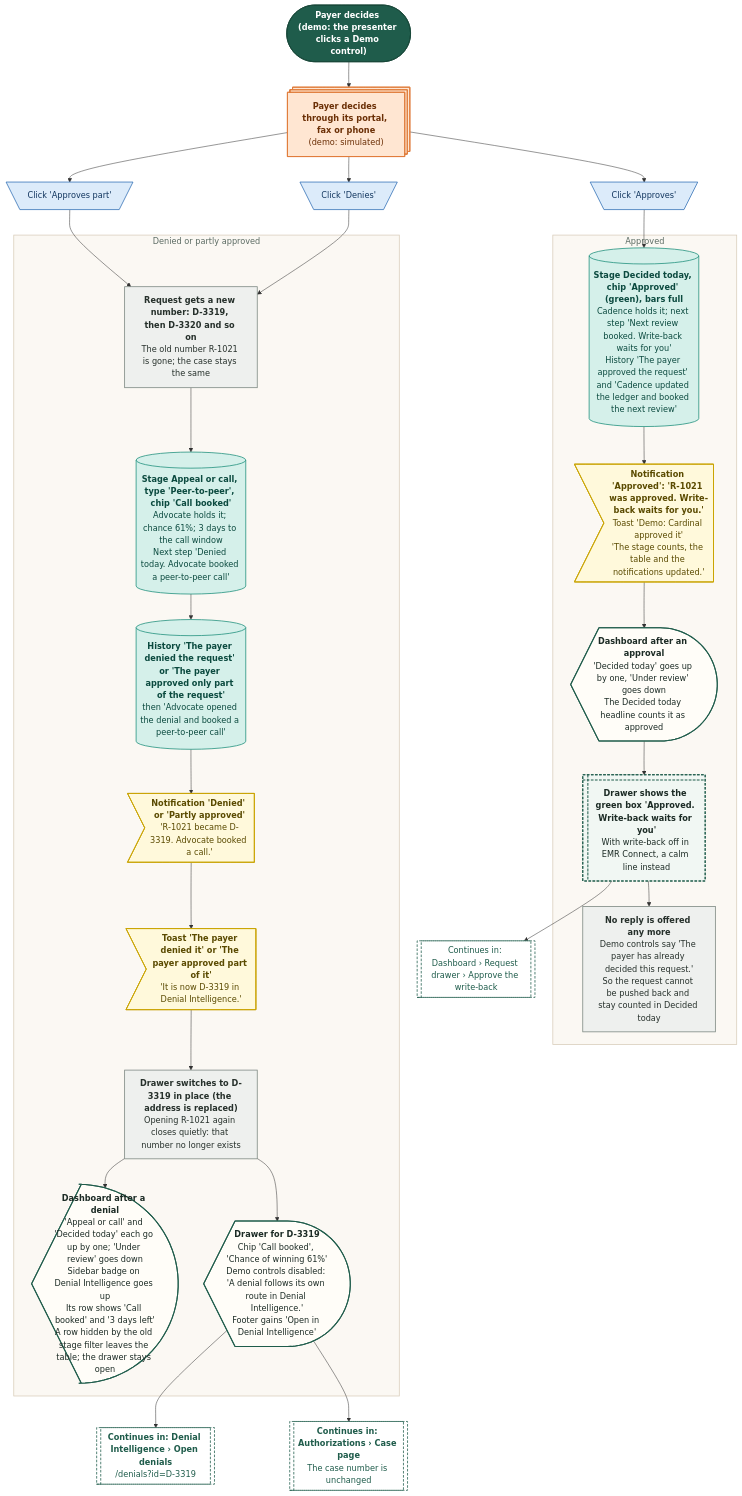
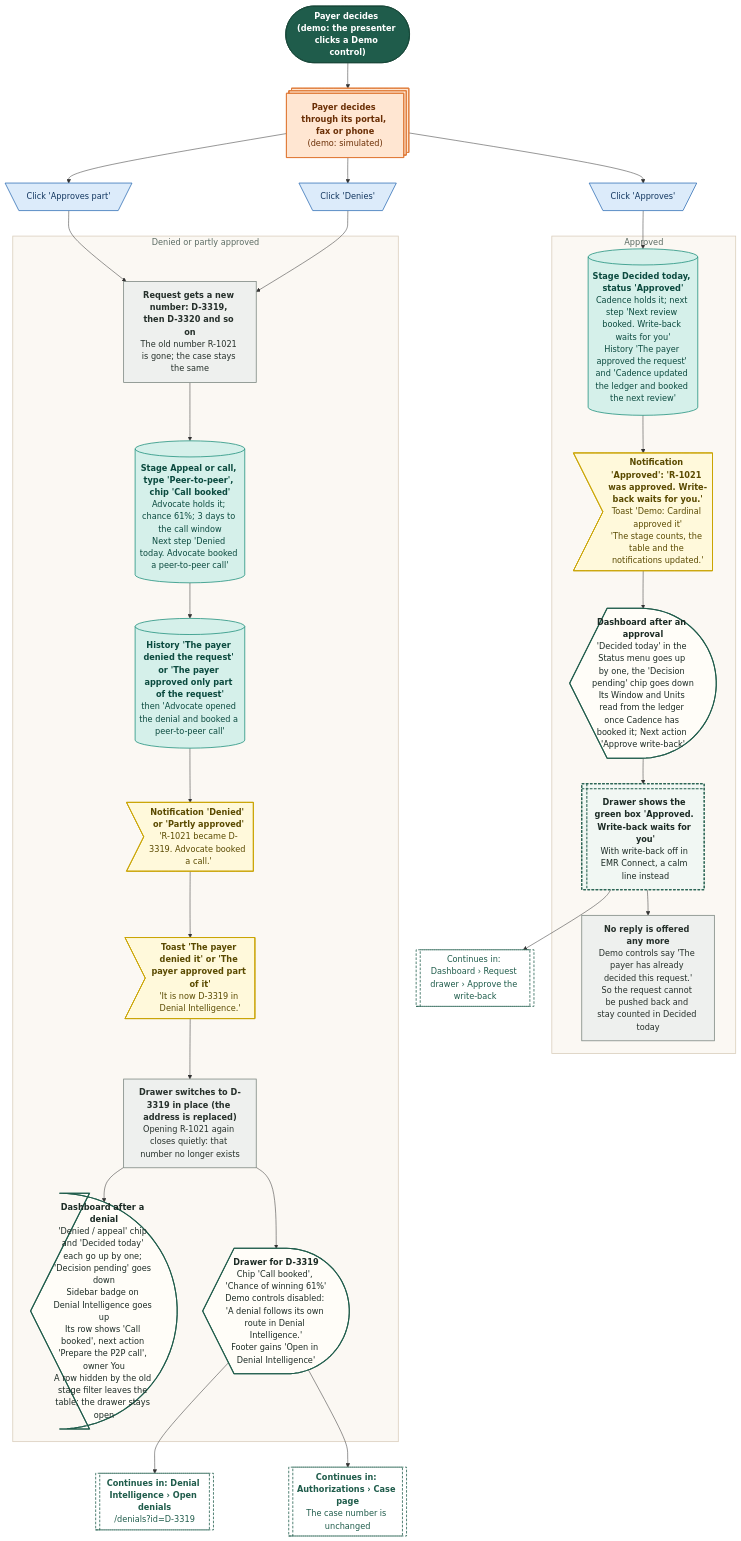
One commit to Shrav143/psyfloapp changed diagram 21 of 21 in demos/prior-auth-demo/workflows/out/md/02-dashboard.md. Above: the diagram before and after it, drawn with Mermaid. The commit also changed other lines of this file and 251 other files, not shown here.

First line of the commit message:
docs: rebuild the workflow diagrams (291) for round 4

````diff
--- a/demos/prior-auth-demo/workflows/out/md/02-dashboard.md
+++ b/demos/prior-auth-demo/workflows/out/md/02-dashboard.md
@@ -1292,66 +1512,66 @@
 ```mermaid
 %%{init: {"theme":"base","themeVariables":{"fontFamily":"'DM Sans', 'Segoe UI', system-ui, sans-serif","fontSize":"15px","lineColor":"#5B6B63","primaryTextColor":"#1C2B25","clusterBkg":"#FBF8F3","clusterBorder":"#D9CDBB","edgeLabelBackground":"#FFFFFF"},"flowchart":{"curve":"basis","nodeSpacing":36,"rankSpacing":48,"padding":12,"htmlLabels":true,"useMaxWidth":false,"wrappingWidth":230}} }%%
 flowchart TD
   classDef k_start fill:#1F5C4B,stroke:#174638,color:#FFFFFF,stroke-width:1.5px,font-weight:600
   classDef k_end fill:#DDEFE3,stroke:#2E7D4F,color:#14502F,stroke-width:1.5px,font-weight:600
   classDef k_endx fill:#FBE3E0,stroke:#C0392B,color:#7A1F16,stroke-width:1.5px,font-weight:600
   classDef k_screen fill:#FFFDF8,stroke:#1F5C4B,color:#1C2B25,stroke-width:2px
   classDef k_overlay fill:#F1F7F3,stroke:#1F5C4B,color:#1C2B25,stroke-width:2px,stroke-dasharray:5 3
   classDef k_click fill:#DCEBFA,stroke:#2F6DB5,color:#12365F,stroke-width:1.5px
   classDef k_input fill:#E4E7FF,stroke:#4C5FD5,color:#1D2670,stroke-width:1.5px
   classDef k_process fill:#EEF0EE,stroke:#7A857F,color:#26302B,stroke-width:1.5px
   classDef k_agent fill:#EEE5FA,stroke:#7A4FC2,color:#341A63,stroke-width:1.5px
   classDef k_decision fill:#FFF0CC,stroke:#D9962B,color:#5C3B00,stroke-width:1.5px
   classDef k_store fill:#D5F0EA,stroke:#1C8E7B,color:#0B4A3F,stroke-width:1.5px
   classDef k_doc fill:#F6E9DC,stroke:#B07A4C,color:#4A2E14,stroke-width:1.5px
   classDef k_ext fill:#FFE6D2,stroke:#E07B39,color:#6B2F06,stroke-width:1.5px
   classDef k_wait fill:#E4E8EE,stroke:#6B7C93,color:#26303D,stroke-width:1.5px
   classDef k_toast fill:#FFF9DB,stroke:#C9A400,color:#5A4A00,stroke-width:1.5px
   classDef k_goto fill:#FFFFFF,stroke:#1F5C4B,color:#1F5C4B,stroke-width:1.5px,stroke-dasharray:5 3
   s1@{ shape: stadium, label: "Payer decides (demo: the presenter clicks a Demo control)" }
   x1@{ shape: st-rect, label: "<b>Payer decides through its portal, fax or phone</b><br/>(demo: simulated)" }
   c1@{ shape: trap-t, label: "Click 'Approves'" }
   c2@{ shape: trap-t, label: "Click 'Approves part'" }
   c3@{ shape: trap-t, label: "Click 'Denies'" }
   subgraph gA ["Approved"]
-  a1@{ shape: cyl, label: "<b>Stage Decided today, chip 'Approved' (green), bars full</b><br/>Cadence holds it; next step 'Next review booked. Write-back waits for you'<br/>History 'The payer approved the request' and 'Cadence updated the ledger and booked the next review'" }
+  a1@{ shape: cyl, label: "<b>Stage Decided today, status 'Approved'</b><br/>Cadence holds it; next step 'Next review booked. Write-back waits for you'<br/>History 'The payer approved the request' and 'Cadence updated the ledger and booked the next review'" }
   an@{ shape: odd, label: "<b>Notification 'Approved': 'R-1021 was approved. Write-back waits for you.'</b><br/>Toast 'Demo: Cardinal approved it'<br/>'The stage counts, the table and the notifications updated.'" }
-  as@{ shape: curv-trap, label: "<b>Dashboard after an approval</b><br/>'Decided today' goes up by one, 'Under review' goes down<br/>The Decided today headline counts it as approved" }
+  as@{ shape: curv-trap, label: "<b>Dashboard after an approval</b><br/>'Decided today' in the Status menu goes up by one, the 'Decision pending' chip goes down<br/>Its Window and Units read from the ledger once Cadence has booked it; Next action 'Approve write-back'" }
   ab@{ shape: win-pane, label: "<b>Drawer shows the green box 'Approved. Write-back waits for you'</b><br/>With write-back off in EMR Connect, a calm line instead" }
   qk@{ shape: rect, label: "<b>No reply is offered any more</b><br/>Demo controls say 'The payer has already decided this request.'<br/>So the request cannot be pushed back and stay counted in Decided today" }
   end
   g1@{ shape: subproc, label: "Continues in: Dashboard › Request drawer › Approve the write-back" }
   subgraph gD ["Denied or partly approved"]
   d1@{ shape: rect, label: "<b>Request gets a new number: D-3319, then D-3320 and so on</b><br/>The old number R-1021 is gone; the case stays the same" }
   d2@{ shape: cyl, label: "<b>Stage Appeal or call, type 'Peer-to-peer', chip 'Call booked'</b><br/>Advocate holds it; chance 61%; 3 days to the call window<br/>Next step 'Denied today. Advocate booked a peer-to-peer call'" }
   d3@{ shape: cyl, label: "<b>History 'The payer denied the request' or 'The payer approved only part of the request'</b><br/>then 'Advocate opened the denial and booked a peer-to-peer call'" }
   dn@{ shape: odd, label: "<b>Notification 'Denied' or 'Partly approved'</b><br/>'R-1021 became D-3319. Advocate booked a call.'" }
   dt@{ shape: odd, label: "<b>Toast 'The payer denied it' or 'The payer approved part of it'</b><br/>'It is now D-3319 in Denial Intelligence.'" }
   d4@{ shape: rect, label: "<b>Drawer switches to D-3319 in place (the address is replaced)</b><br/>Opening R-1021 again closes quietly: that number no longer exists" }
-  ds@{ shape: curv-trap, label: "<b>Dashboard after a denial</b><br/>'Appeal or call' and 'Decided today' each go up by one; 'Under review' goes down<br/>Sidebar badge on Denial Intelligence goes up<br/>Its row shows 'Call booked' and '3 days left'<br/>A row hidden by the old stage filter leaves the table; the drawer stays open" }
+  ds@{ shape: curv-trap, label: "<b>Dashboard after a denial</b><br/>'Denied / appeal' chip and 'Decided today' each go up by one; 'Decision pending' goes down<br/>Sidebar badge on Denial Intelligence goes up<br/>Its row shows 'Call booked', next action 'Prepare the P2P call', owner You<br/>A row hidden by the old stage filter leaves the table; the drawer stays open" }
   dd@{ shape: curv-trap, label: "<b>Drawer for D-3319</b><br/>Chip 'Call booked', 'Chance of winning 61%'<br/>Demo controls disabled: 'A denial follows its own route in Denial Intelligence.'<br/>Footer gains 'Open in Denial Intelligence'" }
   end
   g2@{ shape: subproc, label: "<b>Continues in: Denial Intelligence › Open denials</b><br/>/denials?id=D-3319" }
   g3@{ shape: subproc, label: "<b>Continues in: Authorizations › Case page</b><br/>The case number is unchanged" }
   s1 --> x1 --> c1 & c2 & c3
   c1 --> a1 --> an --> as --> ab --> g1
   ab --> qk
   c2 --> d1
   c3 --> d1
   d1 --> d2 --> d3 --> dn --> dt --> d4
   d4 --> ds
   d4 --> dd
   dd --> g2
   dd --> g3
   class s1 k_start
   class x1 k_ext
   class c1,c2,c3 k_click
   class a1,d2,d3 k_store
   class an,dn,dt k_toast
   class as,ds,dd k_screen
   class ab k_overlay
   class qk,d1,d4 k_process
   class g1,g2,g3 k_goto
   style gA fill:#FBF8F3,stroke:#D9CDBB,stroke-width:1.5px,color:#5B6B63
   style gD fill:#FBF8F3,stroke:#D9CDBB,stroke-width:1.5px,color:#5B6B63
 ```
````
